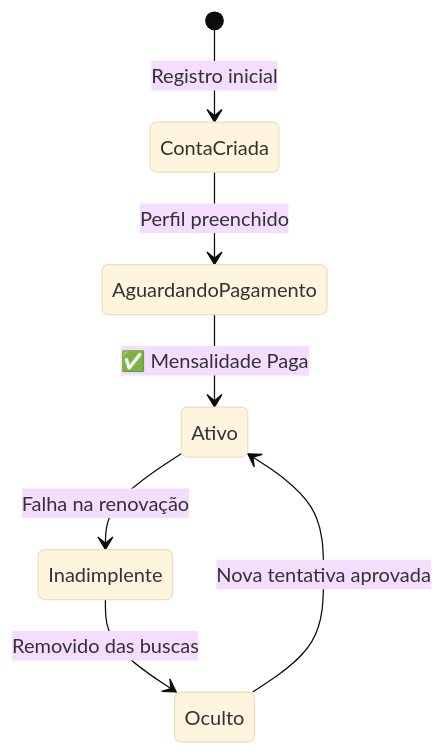
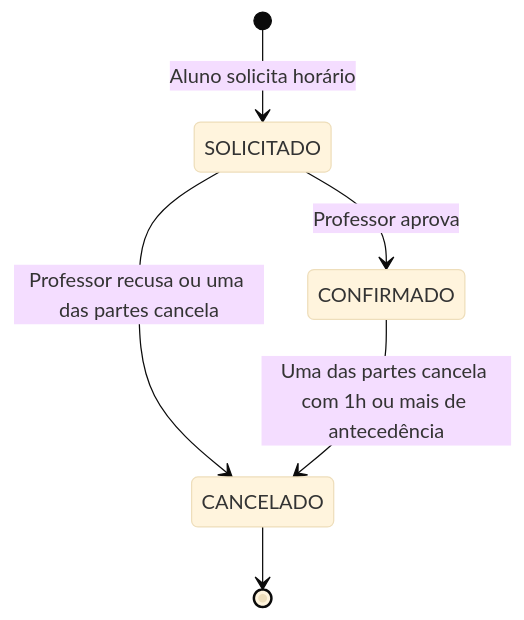
One commit to VictorHCSampaio/ConectaPro changed the ninth of 9 diagrams in BPMN_DIAGRAM.md. Above: the diagram before and after it, drawn with Mermaid (base theme). The commit also changed other lines of this file and 1 other file, not shown here.

Commit message:
docs: atualiza diagramas conforme implementacao

````diff
--- a/BPMN_DIAGRAM.md
+++ b/BPMN_DIAGRAM.md
@@ -424,9 +253,8 @@
 ```mermaid
 stateDiagram-v2
-    [*] --> ContaCriada: Registro inicial
-    ContaCriada --> AguardandoPagamento: Perfil preenchido
-    AguardandoPagamento --> Ativo: ✅ Mensalidade Paga
-    Ativo --> Inadimplente: Falha na renovação
-    Inadimplente --> Oculto: Removido das buscas
-    Oculto --> Ativo: Nova tentativa aprovada
+    [*] --> SOLICITADO: Aluno solicita horário
+    SOLICITADO --> CONFIRMADO: Professor aprova
+    SOLICITADO --> CANCELADO: Professor recusa ou uma das partes cancela
+    CONFIRMADO --> CANCELADO: Uma das partes cancela com 1h ou mais de antecedência
+    CANCELADO --> [*]
 ```
````
